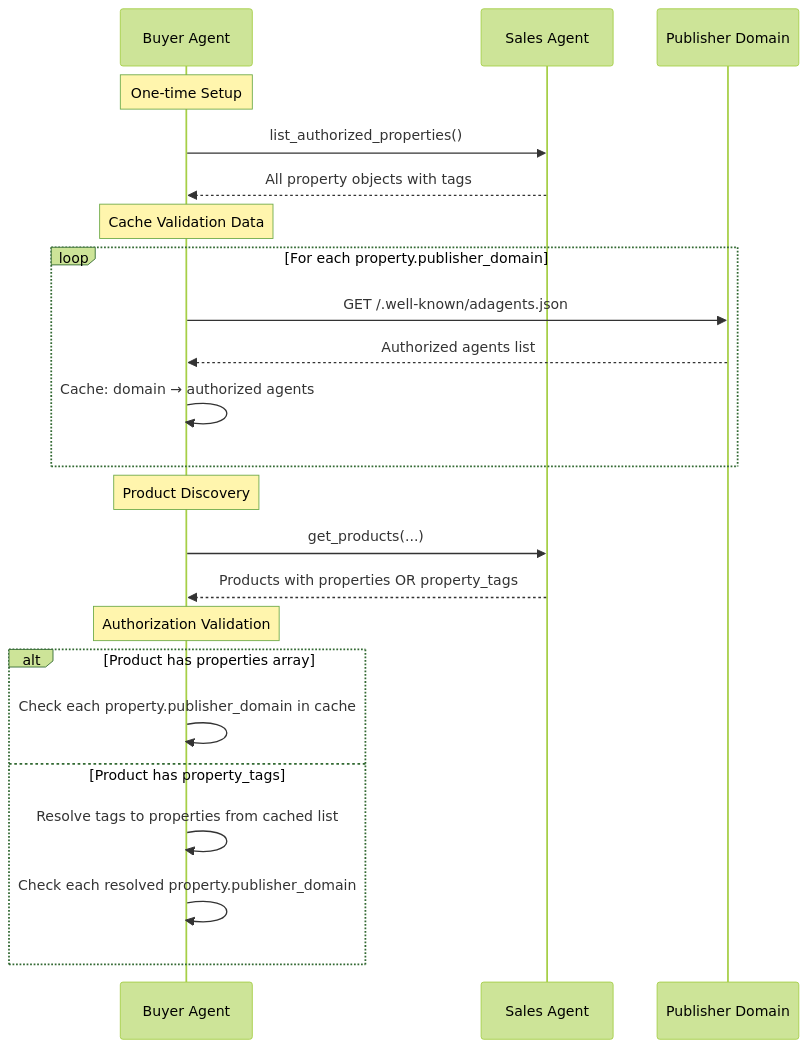
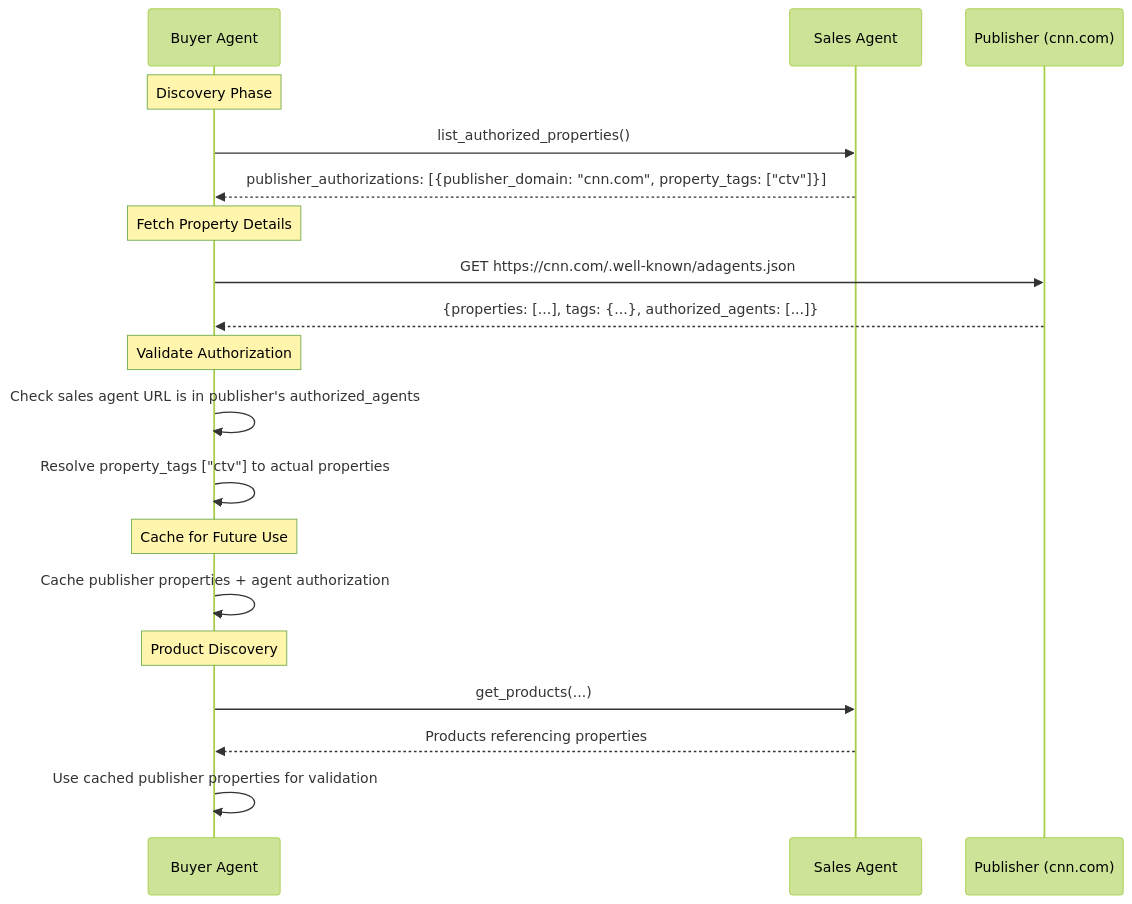
Before and after one commit to adcontextprotocol/adcp: the diagram in docs/media-buy/task-reference/list_authorized_properties.md, drawn with Mermaid (forest theme). The commit also changed other lines of this file and 4 other files, not shown here.

````diff
--- a/docs/media-buy/task-reference/list_authorized_properties.md
+++ b/docs/media-buy/task-reference/list_authorized_properties.md
@@ -133,29 +76,26 @@
 ```mermaid
 sequenceDiagram
     participant Buyer as Buyer Agent
     participant Sales as Sales Agent
-    participant Publisher as Publisher Domain
+    participant Publisher as Publisher (cnn.com)
 
-    Note over Buyer: One-time Setup
+    Note over Buyer: Discovery Phase
     Buyer->>Sales: list_authorized_properties()
-    Sales-->>Buyer: All property objects with tags
-    
-    Note over Buyer: Cache Validation Data
-    loop For each property.publisher_domain
-        Buyer->>Publisher: GET /.well-known/adagents.json
-        Publisher-->>Buyer: Authorized agents list
-        Buyer->>Buyer: Cache: domain → authorized agents
-    end
-    
+    Sales-->>Buyer: publisher_authorizations: [{publisher_domain: "cnn.com", property_tags: ["ctv"]}]
+
+    Note over Buyer: Fetch Property Details
+    Buyer->>Publisher: GET https://cnn.com/.well-known/adagents.json
+    Publisher-->>Buyer: {properties: [...], tags: {...}, authorized_agents: [...]}
+
+    Note over Buyer: Validate Authorization
+    Buyer->>Buyer: Check sales agent URL is in publisher's authorized_agents
+    Buyer->>Buyer: Resolve property_tags ["ctv"] to actual properties
+
+    Note over Buyer: Cache for Future Use
+    Buyer->>Buyer: Cache publisher properties + agent authorization
+
     Note over Buyer: Product Discovery
     Buyer->>Sales: get_products(...)
-    Sales-->>Buyer: Products with properties OR property_tags
-    
-    Note over Buyer: Authorization Validation
-    alt Product has properties array
-        Buyer->>Buyer: Check each property.publisher_domain in cache
-    else Product has property_tags
-        Buyer->>Buyer: Resolve tags to properties from cached list
-        Buyer->>Buyer: Check each resolved property.publisher_domain
-    end
+    Sales-->>Buyer: Products referencing properties
+    Buyer->>Buyer: Use cached publisher properties for validation
 ```
````
